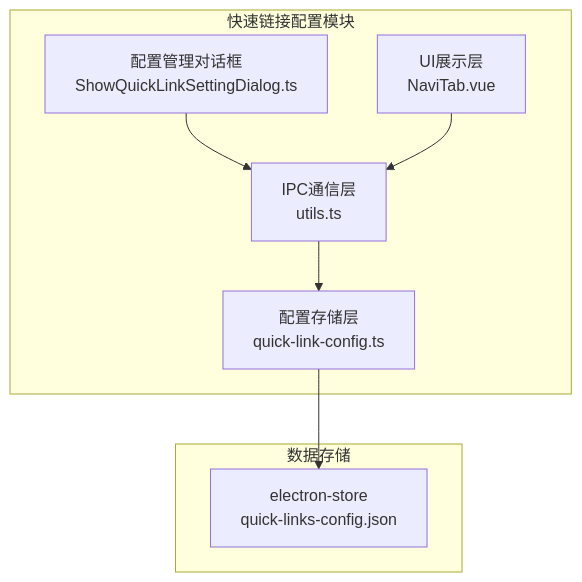
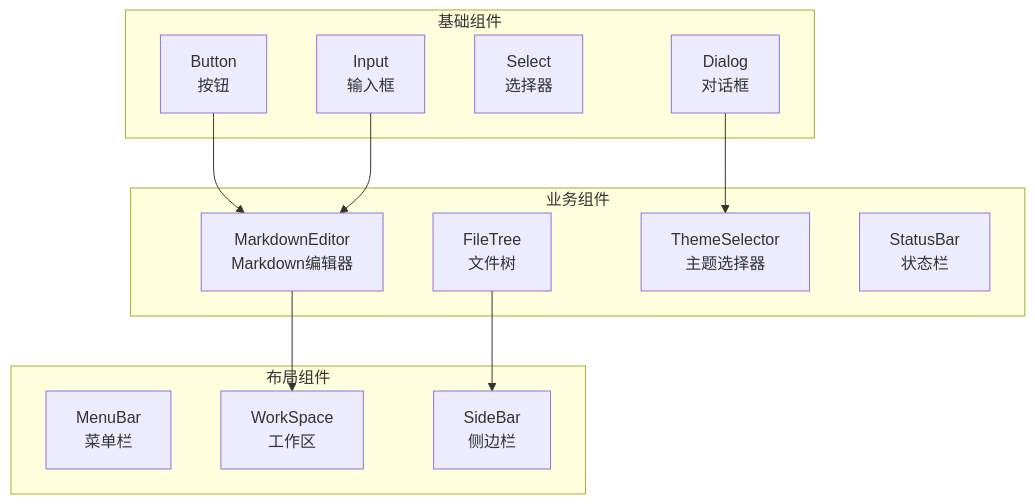
One commit to hemy08/BaiZeNotesByVue changed diagram 19 of 34 in doc/架构文档.md. Above: the diagram before and after it, drawn with Mermaid. The commit also changed other lines of this file and 41 other files, not shown here.

````diff
--- a/doc/架构文档.md
+++ b/doc/架构文档.md
@@ -1038,18 +768,29 @@
 ```mermaid
 graph TB
-    subgraph "快速链接配置模块"
-        A[配置存储层<br/>quick-link-config.ts]
-        B[配置管理对话框<br/>ShowQuickLinkSettingDialog.ts]
-        C[IPC通信层<br/>utils.ts]
-        D[UI展示层<br/>NaviTab.vue]
+    subgraph 基础组件
+        B1[Button<br/>按钮]
+        B2[Input<br/>输入框]
+        B3[Select<br/>选择器]
+        B4[Dialog<br/>对话框]
     end
-
-    subgraph "数据存储"
-        E[electron-store<br/>quick-links-config.json]
+    
+    subgraph 业务组件
+        C1[MarkdownEditor<br/>Markdown编辑器]
+        C2[FileTree<br/>文件树]
+        C3[ThemeSelector<br/>主题选择器]
+        C4[StatusBar<br/>状态栏]
     end
-
-    A --> E
-    B --> C
-    C --> A
-    D --> C
+    
+    subgraph 布局组件
+        L1[MenuBar<br/>菜单栏]
+        L2[WorkSpace<br/>工作区]
+        L3[SideBar<br/>侧边栏]
+    end
+    
+    B1 --> C1
+    B2 --> C1
+    B4 --> C3
+    
+    C1 --> L2
+    C2 --> L3
 ```
````
